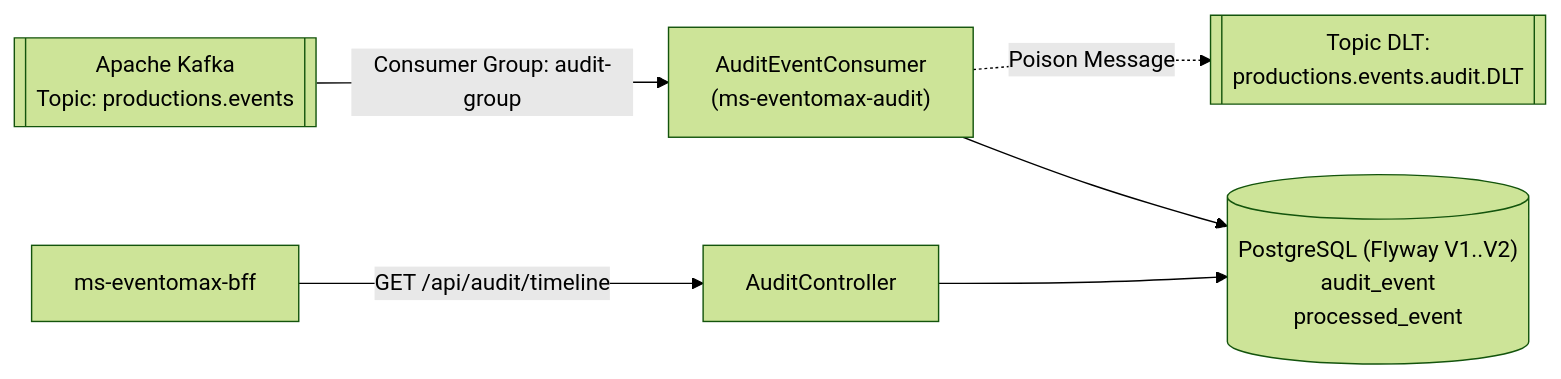
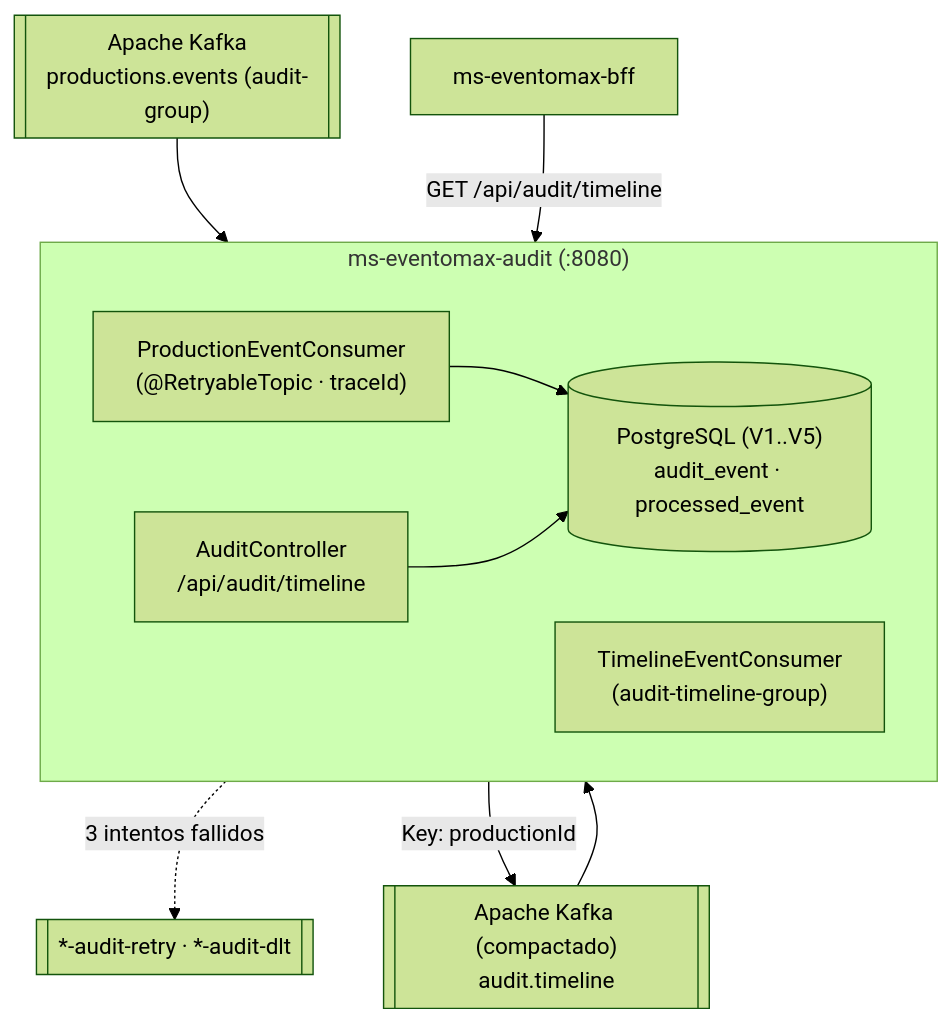
The diagram in README.md (Nachovn12/ms-eventomax-audit), drawn with Mermaid (forest theme) before and after one commit. The commit also changed other lines of this file and 7 other files, not shown here.

Commit message:
docs: standardize professional README with banner, stack icons and Mermaid diagram

````diff
--- a/README.md
+++ b/README.md
@@ -19,8 +71,17 @@
 ```mermaid
-flowchart LR
-    KFK[["Apache Kafka\nTopic: productions.events"]] -->|Consumer Group: audit-group| LISTENER["AuditEventConsumer\n(ms-eventomax-audit)"]
-    LISTENER -.->|Poison Message| DLT[["Topic DLT:\nproductions.events.audit.DLT"]]
-    LISTENER --> PG_AUD[("PostgreSQL (Flyway V1..V2)\naudit_event\nprocessed_event")]
-    BFF["ms-eventomax-bff"] -->|GET /api/audit/timeline| CTRL["AuditController"]
-    CTRL --> PG_AUD
+flowchart TB
+    KFK_IN[["Apache Kafka<br/>productions.events (audit-group)"]] --> PROD_C
+    RETRY[["*-audit-retry · *-audit-dlt"]]
+    KFK_TL[["Apache Kafka (compactado)<br/>audit.timeline"]]
+
+    subgraph AUD["ms-eventomax-audit (:8080)"]
+        direction LR
+        PROD_C["ProductionEventConsumer<br/>(@RetryableTopic · traceId)"] --> PG[("PostgreSQL (V1..V5)<br/>audit_event · processed_event")]
+        TL_C["TimelineEventConsumer<br/>(audit-timeline-group)"]
+        CTRL["AuditController<br/>/api/audit/timeline"] --> PG
+    end
+
+    PROD_C -.->|"3 intentos fallidos"| RETRY
+    PROD_C -->|"Key: productionId"| KFK_TL --> TL_C
+    BFF["ms-eventomax-bff"] -->|"GET /api/audit/timeline"| CTRL
 ```
````
